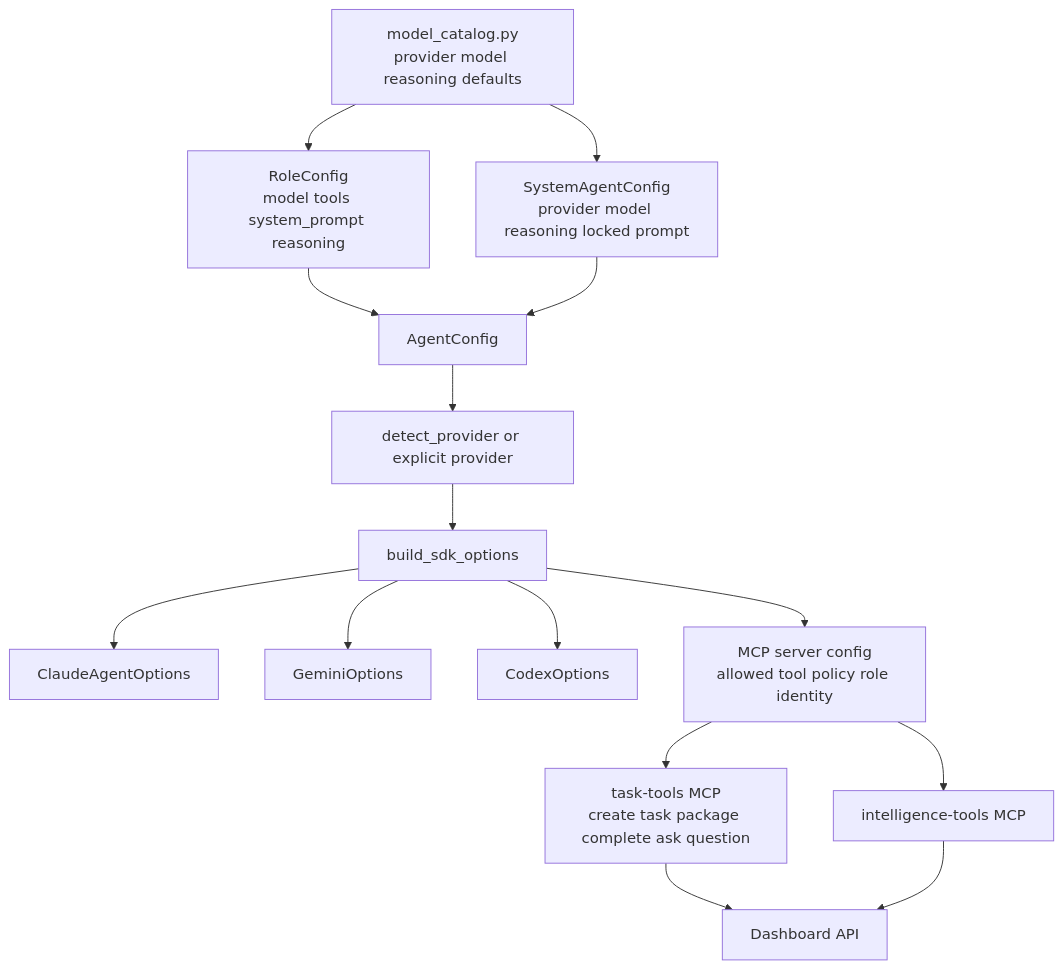
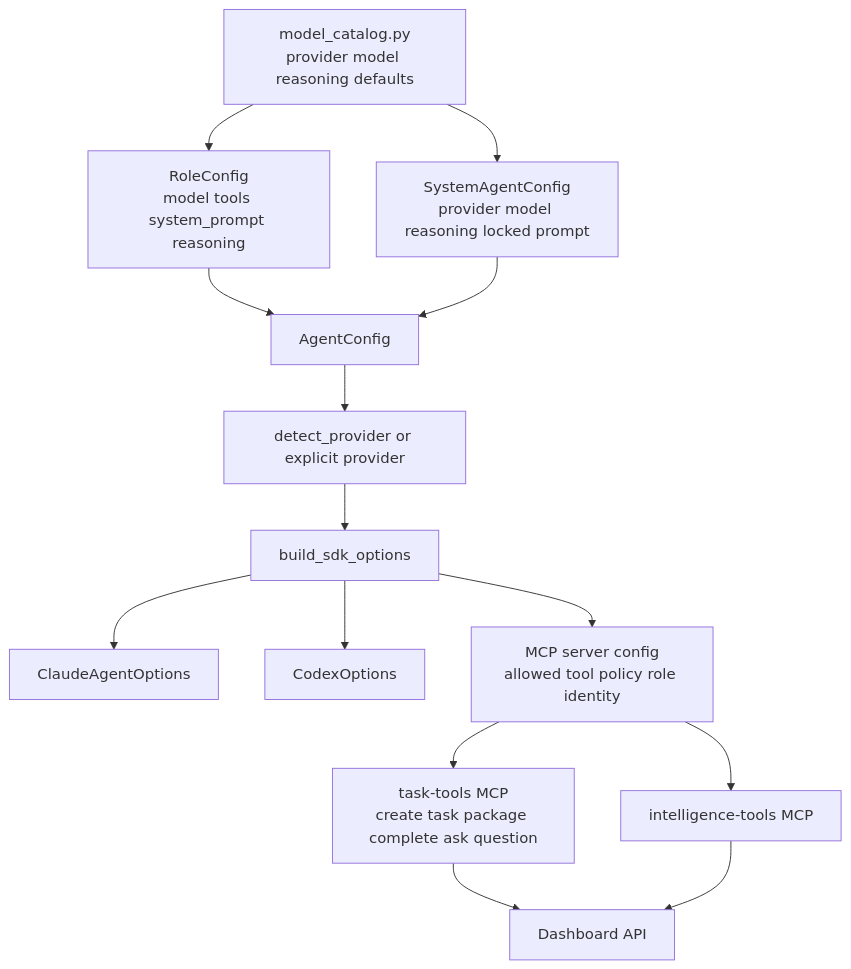
One commit to nikhilch98/taskbrew changed diagram 13 of 21 in docs/system-design-diagrams.md. Above: the diagram before and after it, drawn with Mermaid. The commit also changed other lines of this file and 29 other files, not shown here.

````diff
--- a/docs/system-design-diagrams.md
+++ b/docs/system-design-diagrams.md
@@ -578,30 +576,28 @@
 ```mermaid
 flowchart TB
     RoleConfig["RoleConfig<br/>model tools system_prompt reasoning"]
     SystemProfile["SystemAgentConfig<br/>provider model reasoning locked prompt"]
     ModelCatalog["model_catalog.py<br/>provider model reasoning defaults"]
     AgentConfig["AgentConfig"]
     ProviderDetect["detect_provider or explicit provider"]
     Options["build_sdk_options"]
     ClaudeOpts["ClaudeAgentOptions"]
-    GeminiOpts["GeminiOptions"]
     CodexOpts["CodexOptions"]
     MCPDict["MCP server config<br/>allowed tool policy role identity"]
     TaskTools["task-tools MCP<br/>create task package complete ask question"]
     IntelTools["intelligence-tools MCP"]
     DashboardAPI["Dashboard API"]
 
     ModelCatalog --> RoleConfig
     ModelCatalog --> SystemProfile
     RoleConfig --> AgentConfig
     SystemProfile --> AgentConfig
     AgentConfig --> ProviderDetect --> Options
     Options --> ClaudeOpts
-    Options --> GeminiOpts
     Options --> CodexOpts
     Options --> MCPDict
     MCPDict --> TaskTools
     MCPDict --> IntelTools
     TaskTools --> DashboardAPI
     IntelTools --> DashboardAPI
 ```
````
